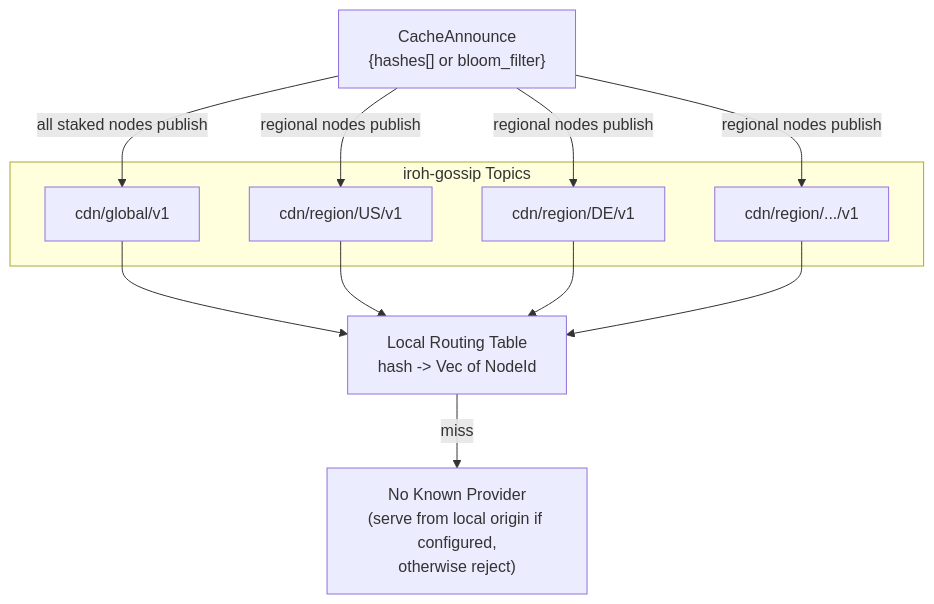
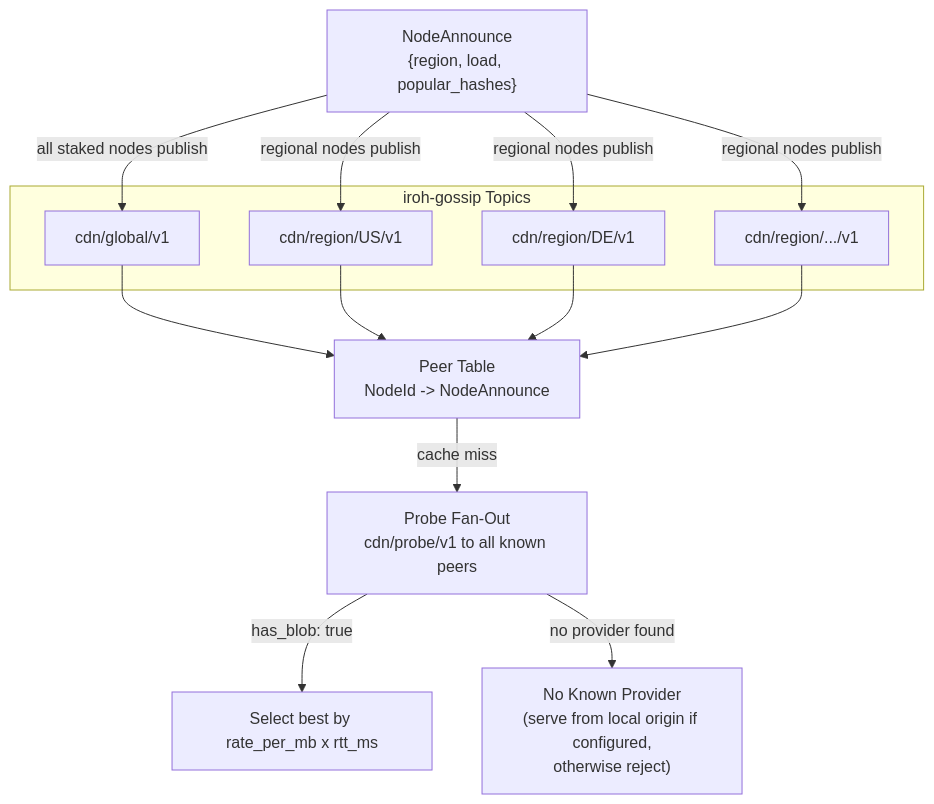
One commit to decdn/decdn changed the diagram in adr/001-network.md. Above: the diagram before and after it, drawn with Mermaid. The commit also changed other lines of this file and 12 other files, not shown here.

````diff
--- a/adr/001-network.md
+++ b/adr/001-network.md
@@ -19,23 +19,25 @@
 ```mermaid
 graph TD
     subgraph Topics["iroh-gossip Topics"]
         GLOBAL["cdn/global/v1"]
         REG_US["cdn/region/US/v1"]
         REG_DE["cdn/region/DE/v1"]
         REG_ETC["cdn/region/.../v1"]
     end
 
-    CA["CacheAnnounce<br/>{hashes[] or bloom_filter}"]
+    NA["NodeAnnounce<br/>{region, load, popular_hashes}"]
 
-    CA -->|all staked nodes publish| GLOBAL
-    CA -->|regional nodes publish| REG_US
-    CA -->|regional nodes publish| REG_DE
-    CA -->|regional nodes publish| REG_ETC
+    NA -->|all staked nodes publish| GLOBAL
+    NA -->|regional nodes publish| REG_US
+    NA -->|regional nodes publish| REG_DE
+    NA -->|regional nodes publish| REG_ETC
 
-    GLOBAL --> RT["Local Routing Table<br/>hash -> Vec of NodeId"]
-    REG_US --> RT
-    REG_DE --> RT
-    REG_ETC --> RT
+    GLOBAL --> PT["Peer Table<br/>NodeId -> NodeAnnounce"]
+    REG_US --> PT
+    REG_DE --> PT
+    REG_ETC --> PT
 
-    RT -->|miss| MISS["No Known Provider<br/>(serve from local origin if configured,<br/>otherwise reject)"]
+    PT -->|cache miss| PROBE["Probe Fan-Out<br/>cdn/probe/v1 to all known peers"]
+    PROBE -->|has_blob: true| SELECT["Select best by rate_per_mb x rtt_ms"]
+    PROBE -->|no provider found| MISS["No Known Provider<br/>(serve from local origin if configured,<br/>otherwise reject)"]
 ```
````
